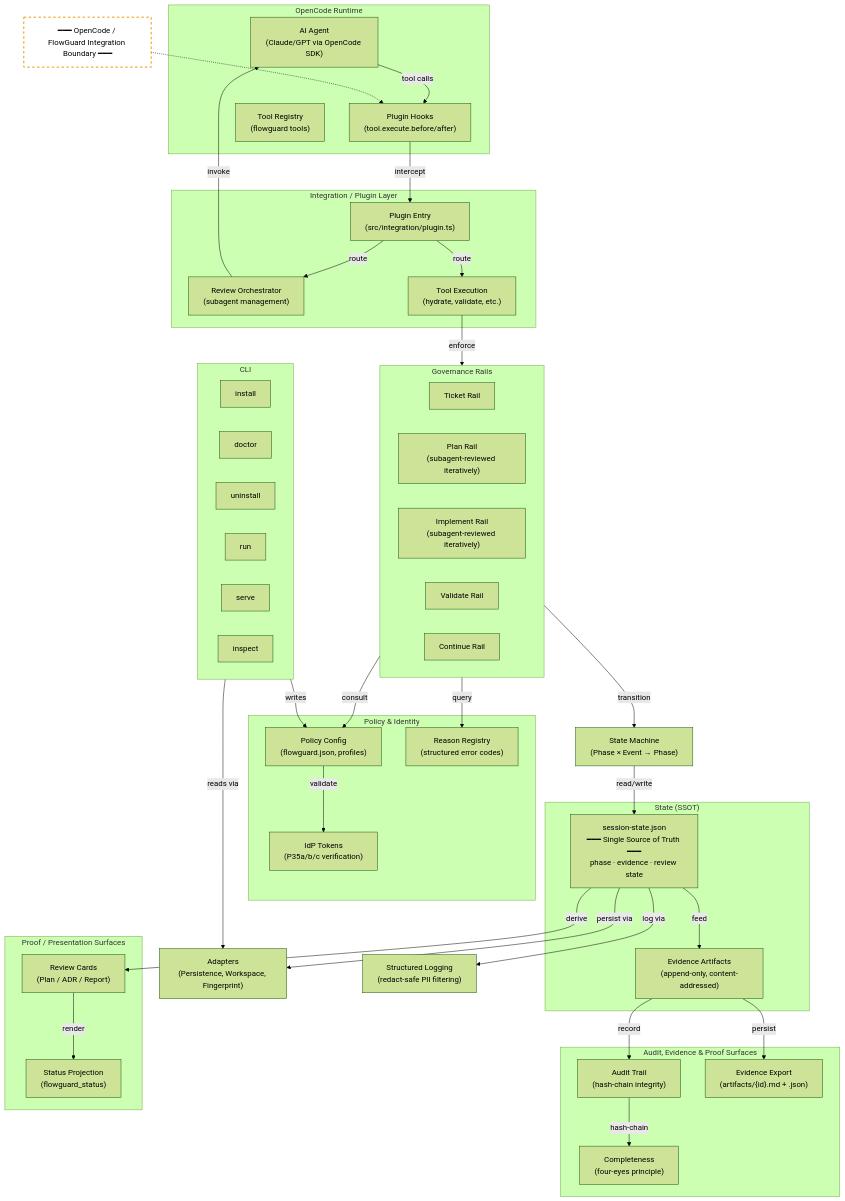
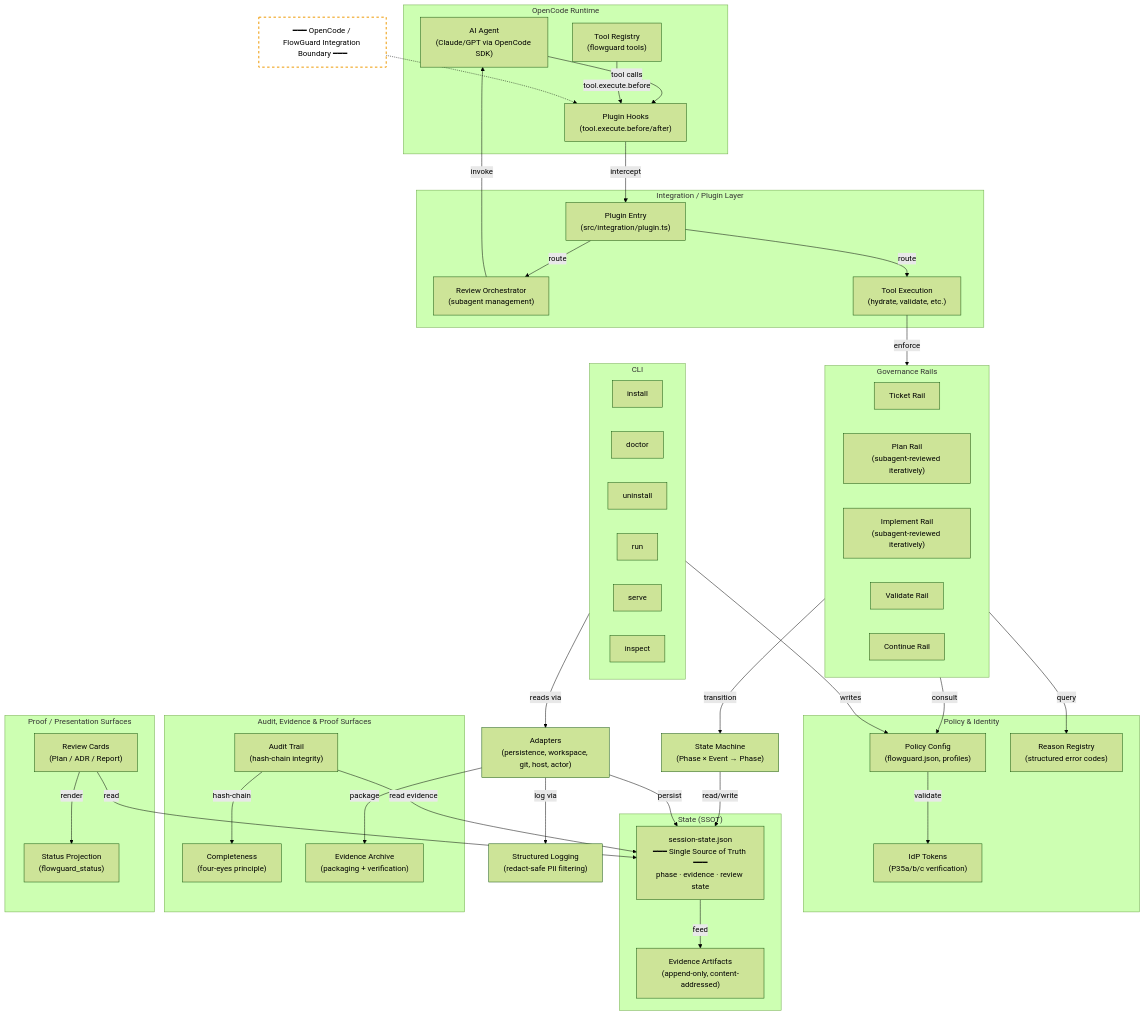
One commit to koeppben23/governed-runtime changed the diagram in docs/architecture/architecture-diagram.md. Above: the diagram before and after it, drawn with Mermaid (forest theme). The commit also changed other lines of this file and 8 other files, not shown here.

First line of the commit message:
docs(development): focus the first-change path and correct architecture references (#1061)

```diff
--- a/docs/architecture/architecture-diagram.md
+++ b/docs/architecture/architecture-diagram.md
@@ -47,7 +54,7 @@
   subgraph AuditBox["Audit, Evidence & Proof Surfaces"]
     Audit["Audit Trail<br/>(hash-chain integrity)"]
     Completeness["Completeness<br/>(four-eyes principle)"]
-    Archive["Evidence Export<br/>(artifacts/{id}.md + .json)"]
+    Archive["Evidence Archive<br/>(packaging + verification)"]
   end
 
   %% ── Proof Surfaces ──
@@ -57,7 +64,7 @@
   end
 
   %% ── Adapters ──
-  Adapters["Adapters<br/>(Persistence, Workspace, Fingerprint)"]
+  Adapters["Adapters<br/>(persistence, workspace, git, host, actor)"]
 
   %% ── Logging ──
   Logging["Structured Logging<br/>(redact-safe PII filtering)"]
@@ -77,6 +84,7 @@
 
   %% ── Connections ──
   Agent -->|tool calls| Hooks
+  Tools -->|tool.execute.before| Hooks
   Hooks -->|intercept| PluginEntry
   PluginEntry -->|route| Orchestrator
   PluginEntry -->|route| ToolExec
@@ -91,14 +99,14 @@
   Machine -->|read/write| SSOT
 
   SSOT -->|feed| EvidenceNode
-  EvidenceNode -->|record| Audit
+  Audit -->|read evidence| SSOT
   Audit -->|hash-chain| Completeness
-  SSOT -->|derive| Cards
-  EvidenceNode -->|persist| Archive
+  Cards -->|read| SSOT
+  Adapters -->|package| Archive
   Cards -->|render| Status
 
-  SSOT -->|persist via| Adapters
-  SSOT -->|log via| Logging
+  Adapters -->|persist| SSOT
+  Adapters -->|log via| Logging
 
   CLI -->|writes| Config
   CLI -->|reads via| Adapters
```
